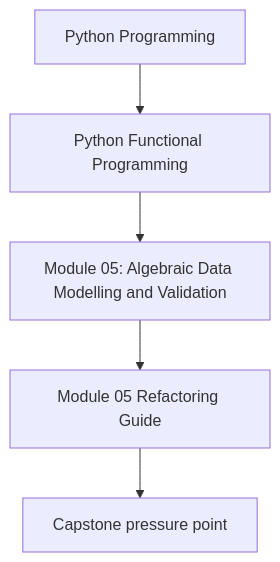
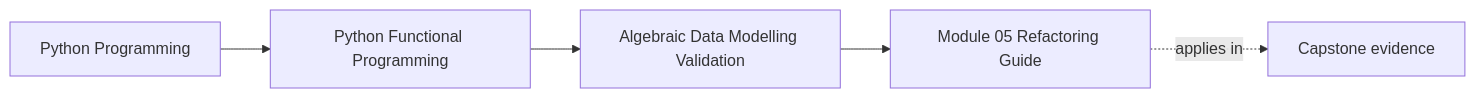
One commit to bijux/bijux-masterclass changed the first of 2 diagrams in programs/python-programming/python-functional-programming/course-book/module-05-algebraic-data-modelling-validation/refactoring-guide.md. Above: the diagram before and after it, drawn with Mermaid. The commit also changed other lines of this file and 108 other files, not shown here.

Commit message:
docs(python-functional-programming): map capstone and advanced design surfaces

````diff
--- a/programs/python-programming/python-functional-programming/course-book/module-05-algebraic-data-modelling-validation/refactoring-guide.md
+++ b/programs/python-programming/python-functional-programming/course-book/module-05-algebraic-data-modelling-validation/refactoring-guide.md
@@ -7,7 +7,11 @@
 ```mermaid
-flowchart TD
-  family["Python Programming"] --> program["Python Functional Programming"]
-  program --> module["Module 05: Algebraic Data Modelling and Validation"]
-  module --> concept["Module 05 Refactoring Guide"]
-  concept --> capstone["Capstone pressure point"]
+graph LR
+  family["Python Programming"]
+  program["Python Functional Programming"]
+  section["Algebraic Data Modelling Validation"]
+  page["Module 05 Refactoring Guide"]
+  capstone["Capstone evidence"]
+
+  family --> program --> section --> page
+  page -.applies in.-> capstone
 ```
````
